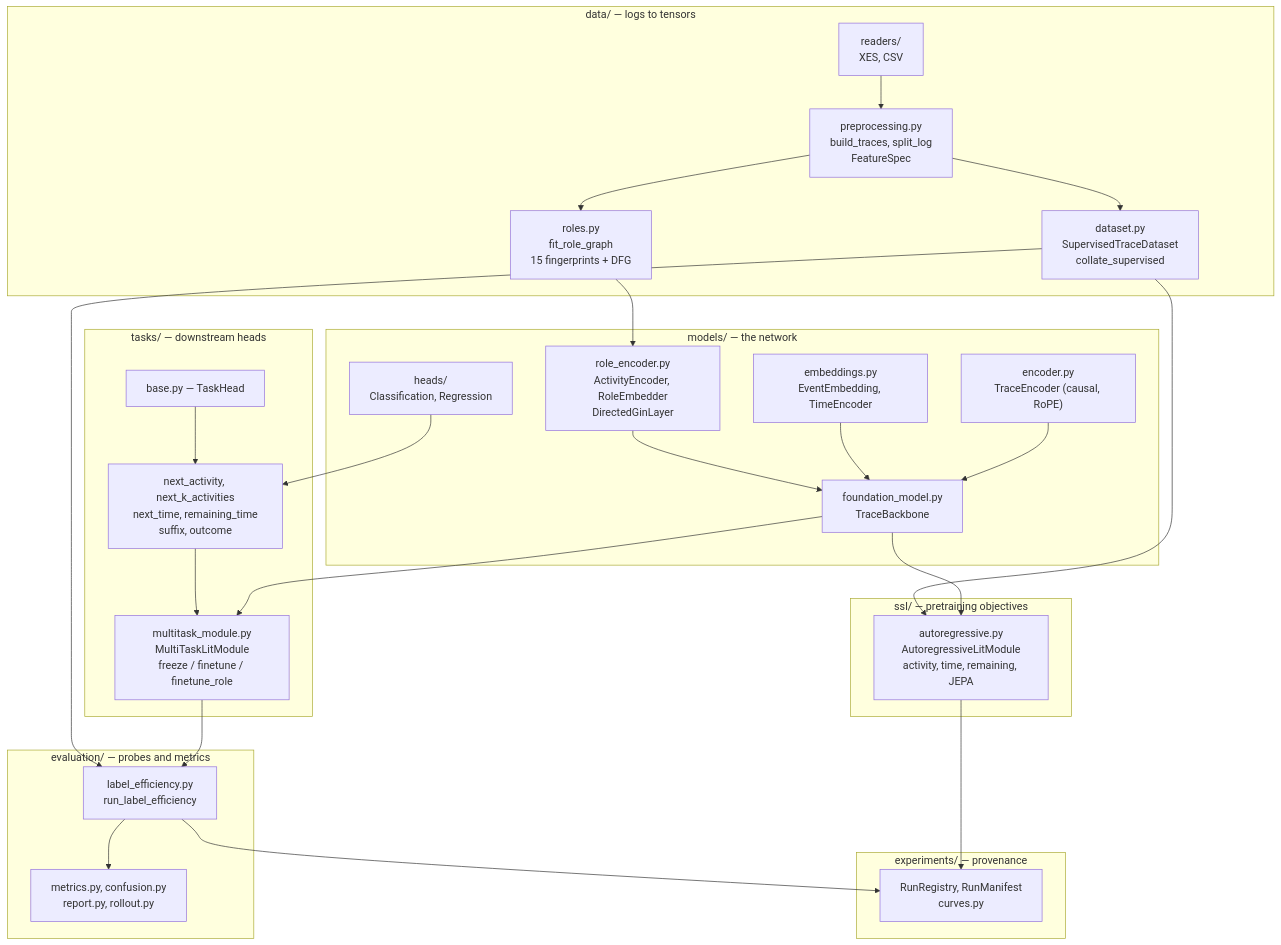
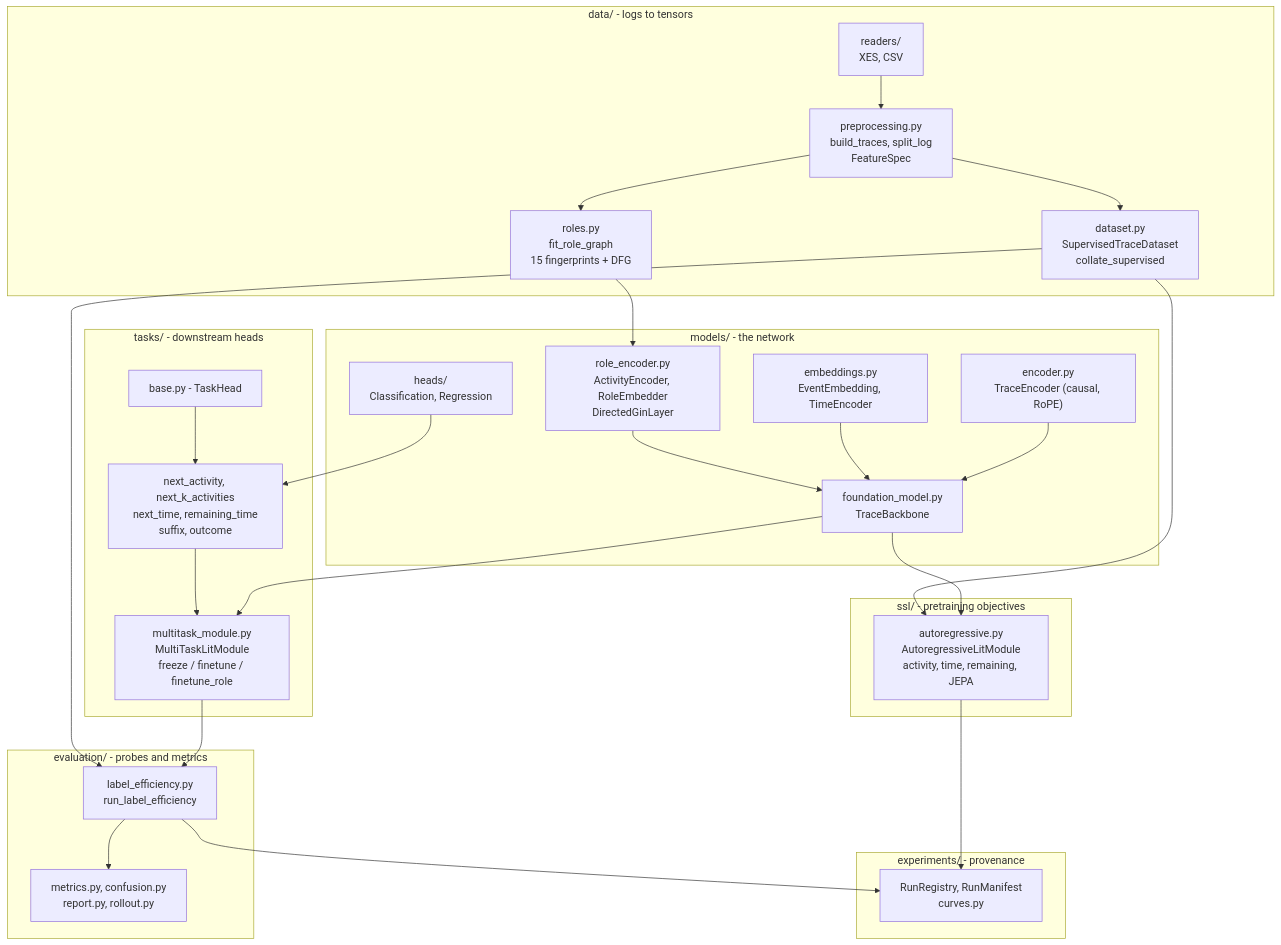
The third of 4 diagrams in ARCHITECTURE.md (tuhh-ncps/process-foundation-model), drawn with Mermaid before and after one commit. The commit also changed other lines of this file and 89 other files, not shown here.

````diff
--- a/ARCHITECTURE.md
+++ b/ARCHITECTURE.md
@@ -81,53 +81,53 @@
 ```mermaid
 flowchart TB
-    subgraph data["data/ — logs to tensors"]
+    subgraph data["data/ - logs to tensors"]
         RD["readers/<br/>XES, CSV"]
         PP["preprocessing.py<br/>build_traces, split_log<br/>FeatureSpec"]
         RO["roles.py<br/>fit_role_graph<br/>15 fingerprints + DFG"]
         DS["dataset.py<br/>SupervisedTraceDataset<br/>collate_supervised"]
         RD --> PP --> DS
         PP --> RO
     end
 
-    subgraph models["models/ — the network"]
+    subgraph models["models/ - the network"]
         RE["role_encoder.py<br/>ActivityEncoder, RoleEmbedder<br/>DirectedGinLayer"]
         EM["embeddings.py<br/>EventEmbedding, TimeEncoder"]
         EN["encoder.py<br/>TraceEncoder (causal, RoPE)"]
         FM["foundation_model.py<br/>TraceBackbone"]
         HD["heads/<br/>Classification, Regression"]
         RE --> FM
         EM --> FM
         EN --> FM
     end
 
-    subgraph ssl["ssl/ — pretraining objectives"]
+    subgraph ssl["ssl/ - pretraining objectives"]
         AR["autoregressive.py<br/>AutoregressiveLitModule<br/>activity, time, remaining, JEPA"]
     end
 
-    subgraph tasks["tasks/ — downstream heads"]
-        BS["base.py — TaskHead"]
+    subgraph tasks["tasks/ - downstream heads"]
+        BS["base.py - TaskHead"]
         MM["multitask_module.py<br/>MultiTaskLitModule<br/>freeze / finetune / finetune_role"]
         TH["next_activity, next_k_activities<br/>next_time, remaining_time<br/>suffix, outcome"]
         BS --> TH --> MM
     end
 
-    subgraph evaluation["evaluation/ — probes and metrics"]
+    subgraph evaluation["evaluation/ - probes and metrics"]
         LE["label_efficiency.py<br/>run_label_efficiency"]
         MT["metrics.py, confusion.py<br/>report.py, rollout.py"]
     end
 
-    subgraph experiments["experiments/ — provenance"]
+    subgraph experiments["experiments/ - provenance"]
         RG["RunRegistry, RunManifest<br/>curves.py"]
     end
 
     RO --> RE
     DS --> AR
     FM --> AR
     FM --> MM
     HD --> TH
     DS --> LE
     MM --> LE
     LE --> MT
     AR --> RG
     LE --> RG
 ```
````
